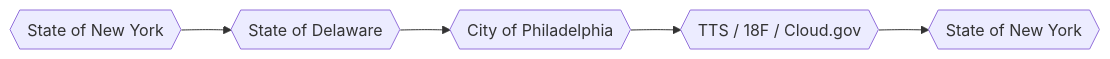
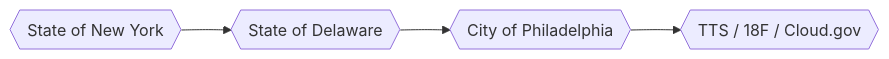
One commit to mheadd/mheadd changed the diagram in README.md. Above: the diagram before and after it, drawn with Mermaid. The commit also changed other lines of this file, not shown here.

````diff
--- a/README.md
+++ b/README.md
@@ -15,8 +15,7 @@
 ```mermaid
 flowchart LR
    id1{{State of New York}}
    -->id2{{State of Delaware}}
    -->id3{{City of Philadelphia}}
    -->id4{{TTS / 18F / Cloud.gov}}
-   -->id5{{State of New York}}
 ```
````
